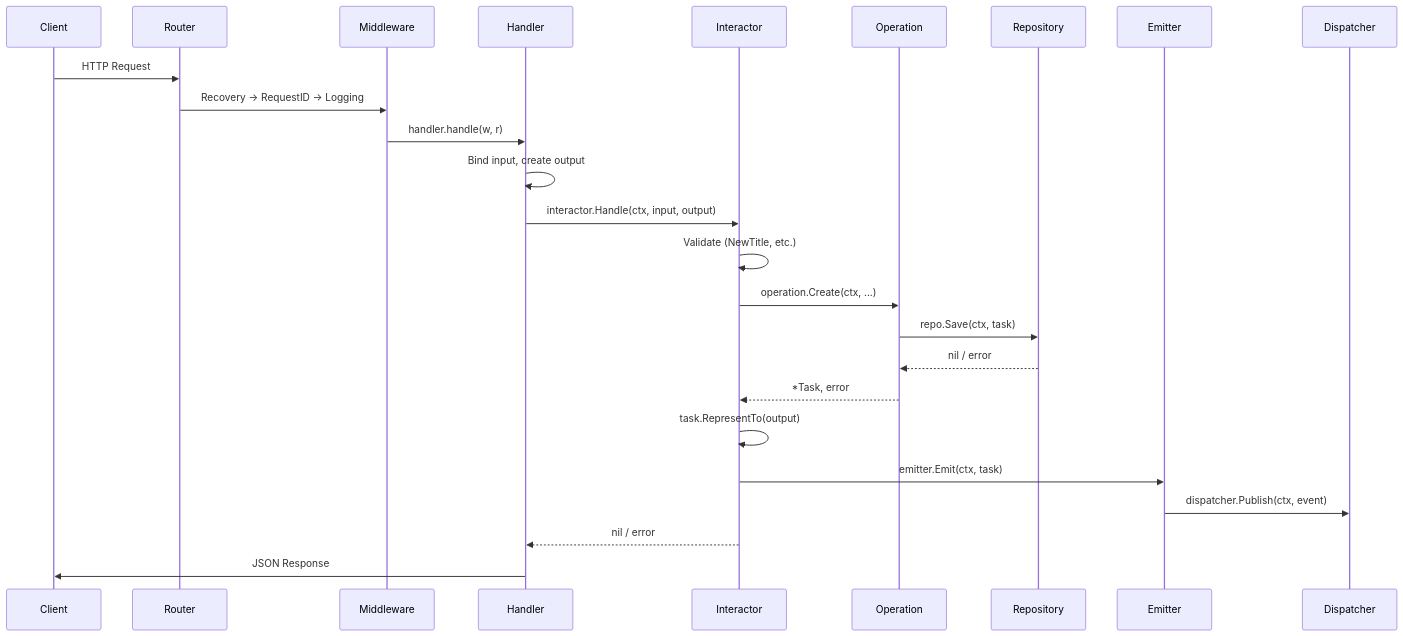
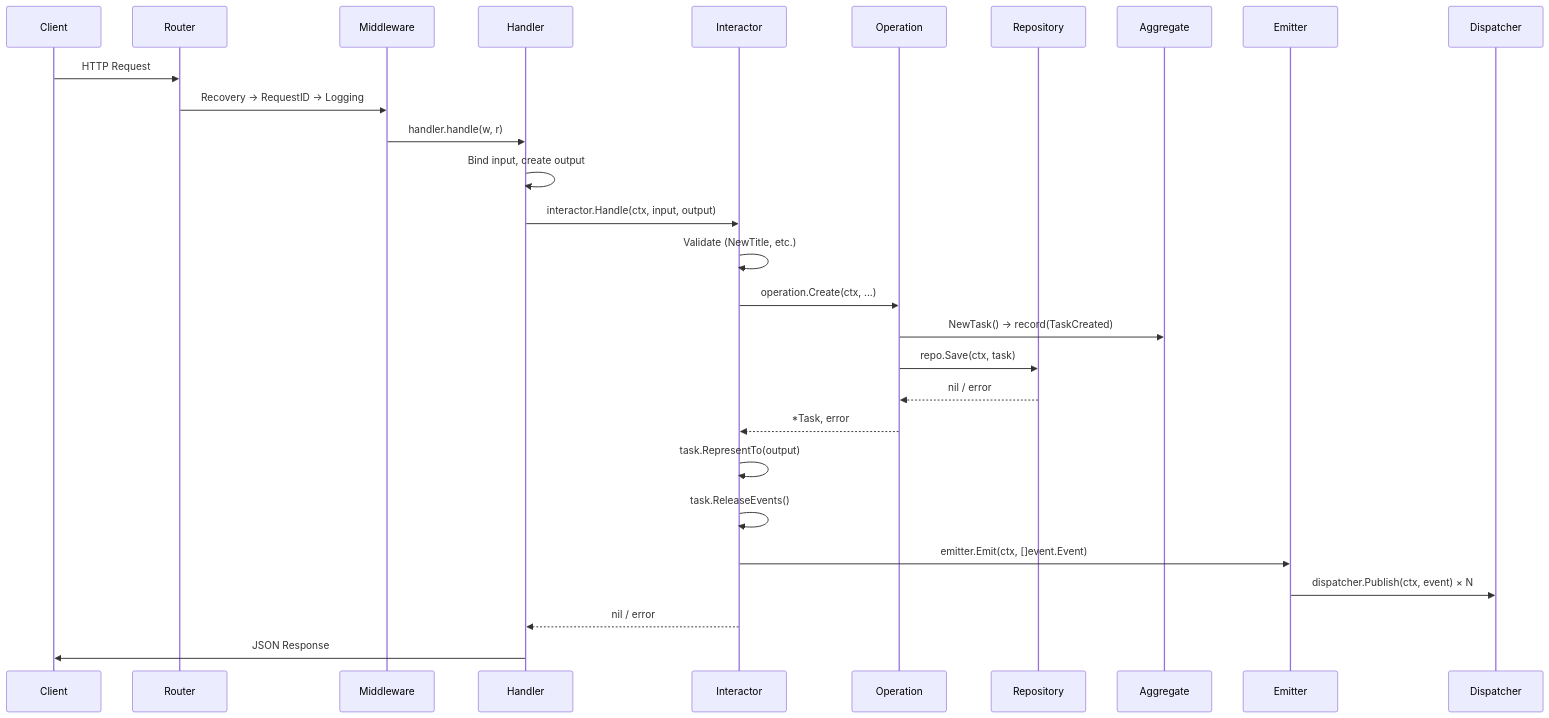
The second of 10 diagrams in README.md (shuldan/skeleton), drawn with Mermaid before and after one commit. The commit also changed other lines of this file and 43 other files, not shown here.

````diff
--- a/README.md
+++ b/README.md
@@ -140,28 +142,31 @@
 ```mermaid
 sequenceDiagram
     participant C as Client
     participant R as Router
     participant MW as Middleware
     participant H as Handler
     participant I as Interactor
     participant O as Operation
     participant Repo as Repository
+    participant Agg as Aggregate
     participant E as Emitter
     participant D as Dispatcher
 
     C->>R: HTTP Request
     R->>MW: Recovery → RequestID → Logging
     MW->>H: handler.handle(w, r)
     H->>H: Bind input, create output
     H->>I: interactor.Handle(ctx, input, output)
     I->>I: Validate (NewTitle, etc.)
     I->>O: operation.Create(ctx, ...)
+    O->>Agg: NewTask() → record(TaskCreated)
     O->>Repo: repo.Save(ctx, task)
     Repo-->>O: nil / error
     O-->>I: *Task, error
     I->>I: task.RepresentTo(output)
-    I->>E: emitter.Emit(ctx, task)
-    E->>D: dispatcher.Publish(ctx, event)
+    I->>I: task.ReleaseEvents()
+    I->>E: emitter.Emit(ctx, []event.Event)
+    E->>D: dispatcher.Publish(ctx, event) × N
     I-->>H: nil / error
     H->>C: JSON Response
 ```
````
